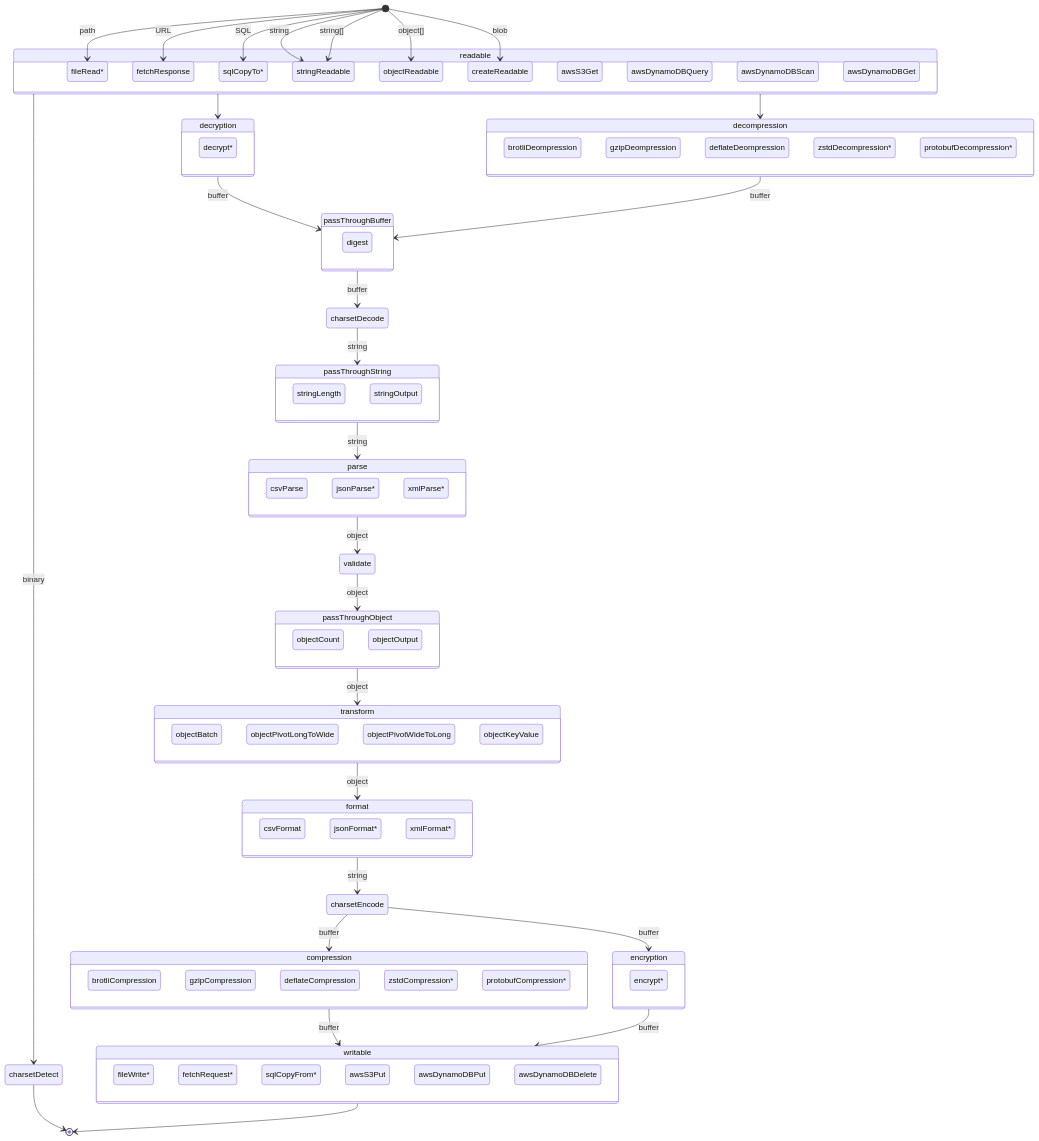
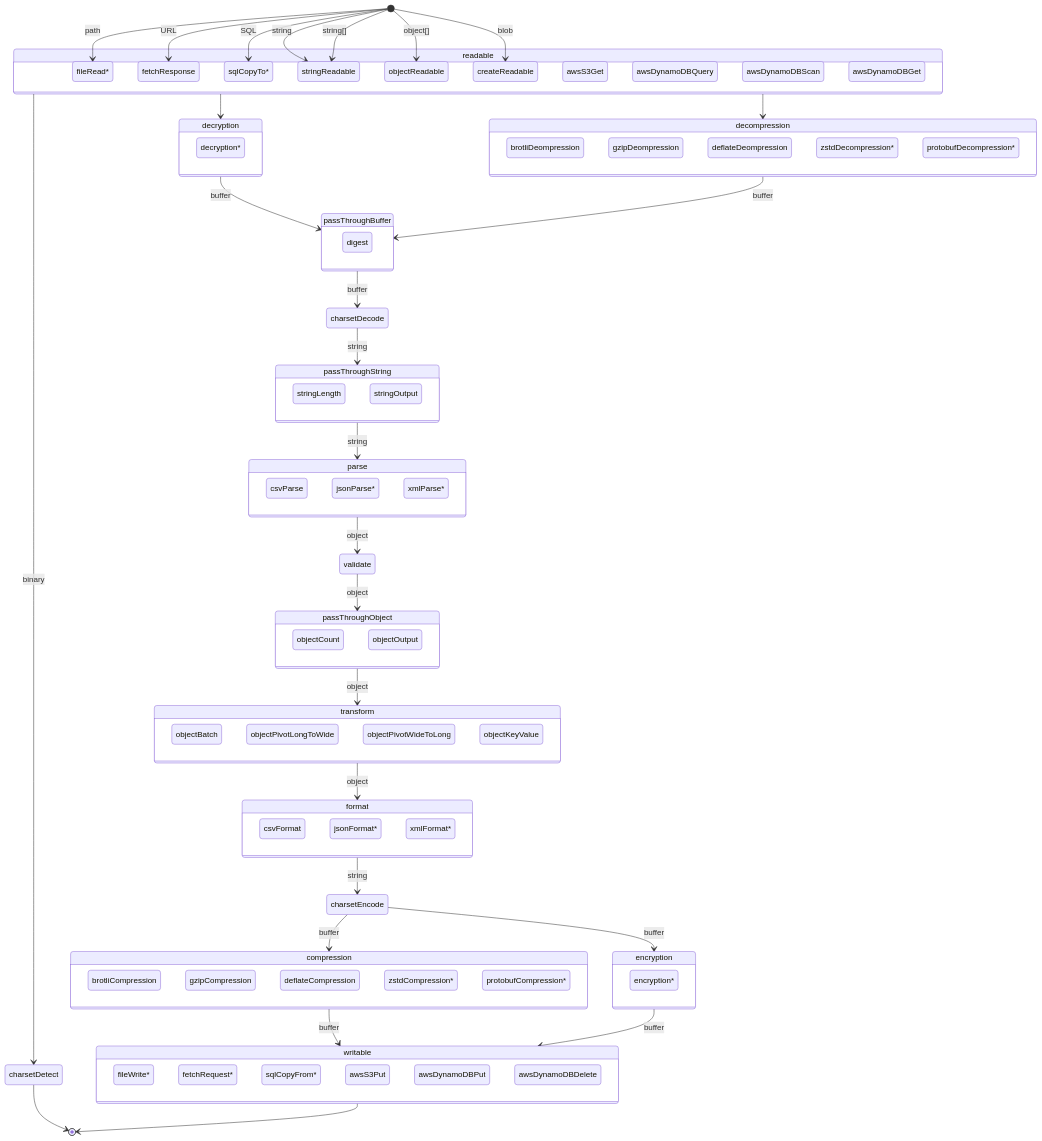
The diagram in docs/README.md (willfarrell/datastream), drawn with Mermaid before and after one commit. The commit also changed other lines of this file and 17 other files, not shown here.

```diff
--- a/docs/README.md
+++ b/docs/README.md
@@ -202,7 +152,7 @@
     }
 
     state decryption {
-      decrypt*
+      decryption*
     }
 
     state parse {
@@ -248,7 +198,7 @@
     }
 
     state encryption {
-      encrypt*
+      encryption*
     }
 
     state writable {
```
